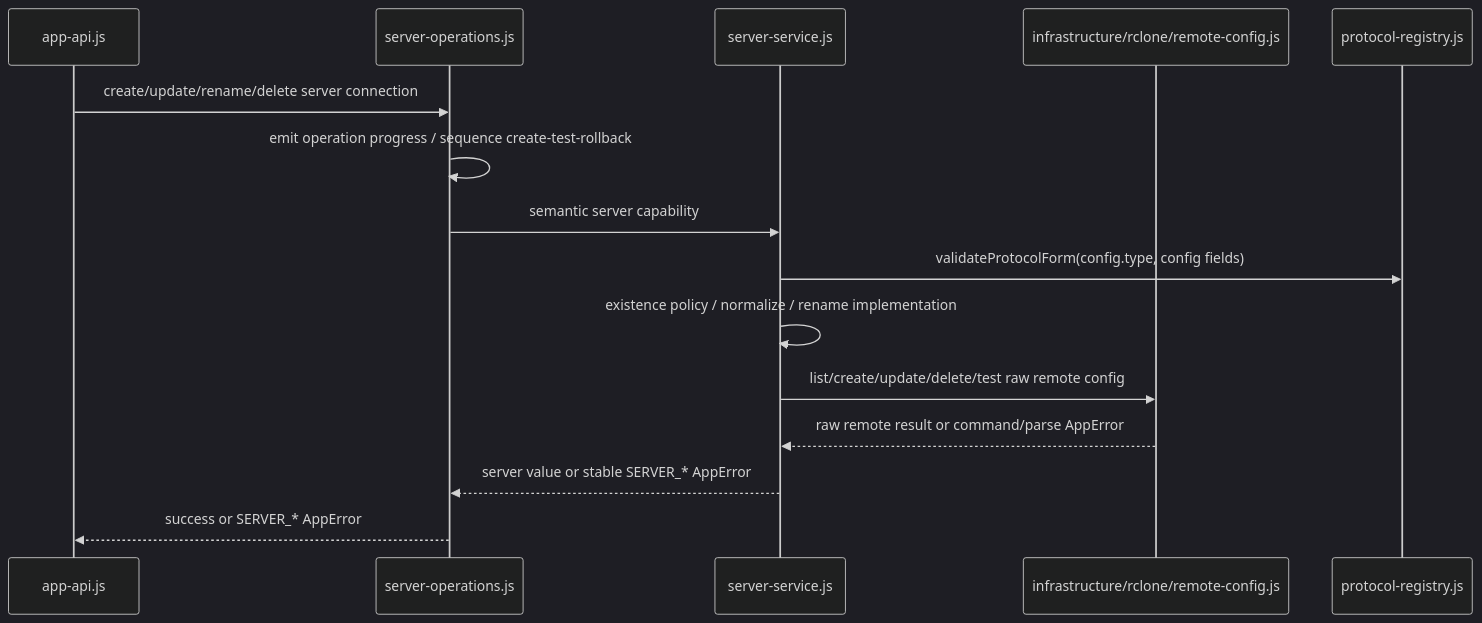
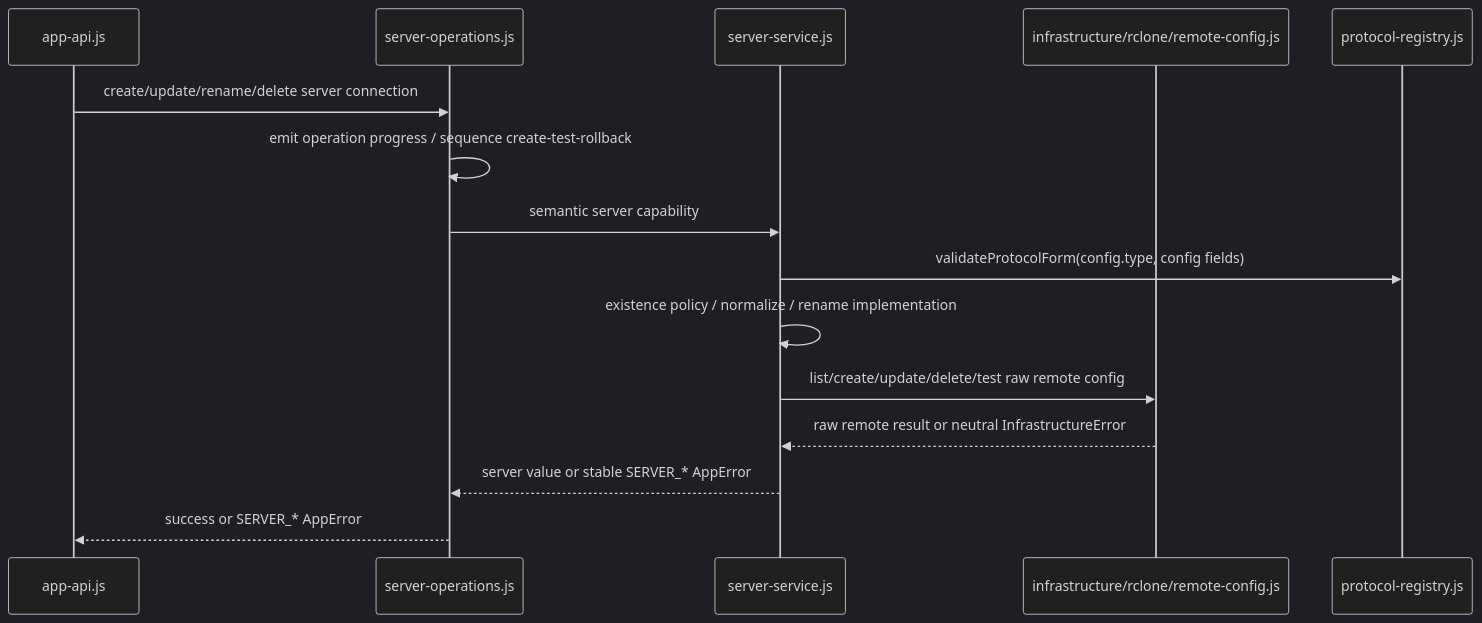
Before and after one commit to agalloch21/sync-with-rclone: the third of 4 diagrams in docs/Architecture.md, drawn with Mermaid (dark theme). The commit also changed other lines of this file and 55 other files, not shown here.

````diff
--- a/docs/Architecture.md
+++ b/docs/Architecture.md
@@ -497,18 +503,18 @@
 ```mermaid
 sequenceDiagram
   participant APP as app-api.js
   participant SO as server-operations.js
   participant SS as server-service.js
   participant RC as infrastructure/rclone/remote-config.js
   participant PR as protocol-registry.js
 
   APP->>SO: create/update/rename/delete server connection
   SO->>SO: emit operation progress / sequence create-test-rollback
   SO->>SS: semantic server capability
   SS->>PR: validateProtocolForm(config.type, config fields)
   SS->>SS: existence policy / normalize / rename implementation
   SS->>RC: list/create/update/delete/test raw remote config
-  RC-->>SS: raw remote result or command/parse AppError
+  RC-->>SS: raw remote result or neutral InfrastructureError
   SS-->>SO: server value or stable SERVER_* AppError
   SO-->>APP: success or SERVER_* AppError
 ```
````
